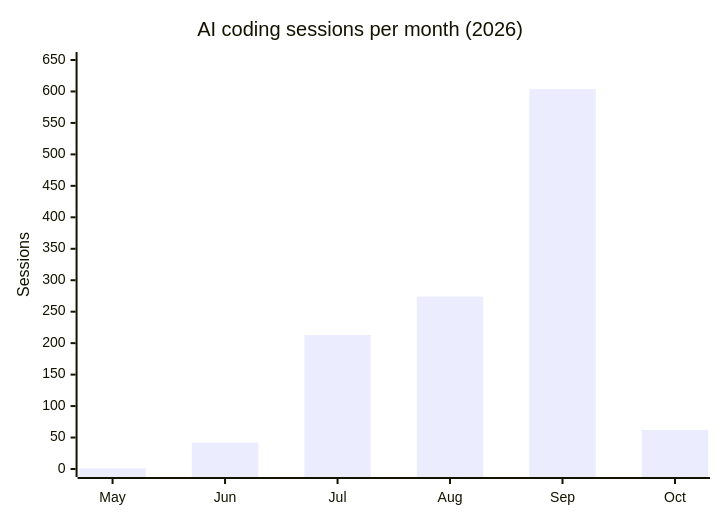
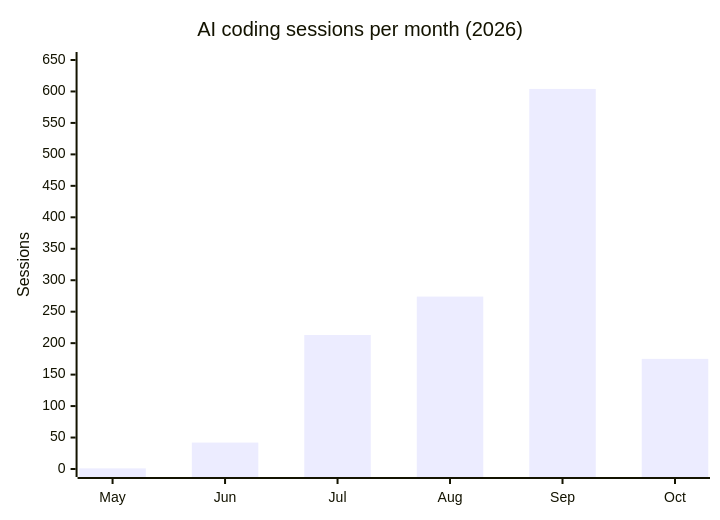
The diagram in VIBE-CODING.md (loryanstrant/loryanstrant), drawn with Mermaid before and after one commit.

Commit message:
chore: refresh AI sessions chart

````diff
--- a/VIBE-CODING.md
+++ b/VIBE-CODING.md
@@ -14,7 +14,7 @@
 ```mermaid
 xychart-beta
     title "AI coding sessions per month (2026)"
     x-axis ["May", "Jun", "Jul", "Aug", "Sep", "Oct"]
     y-axis "Sessions" 0 --> 650
-    bar [1, 42, 213, 274, 604, 62]
+    bar [1, 42, 213, 274, 604, 175]
 ```
````
